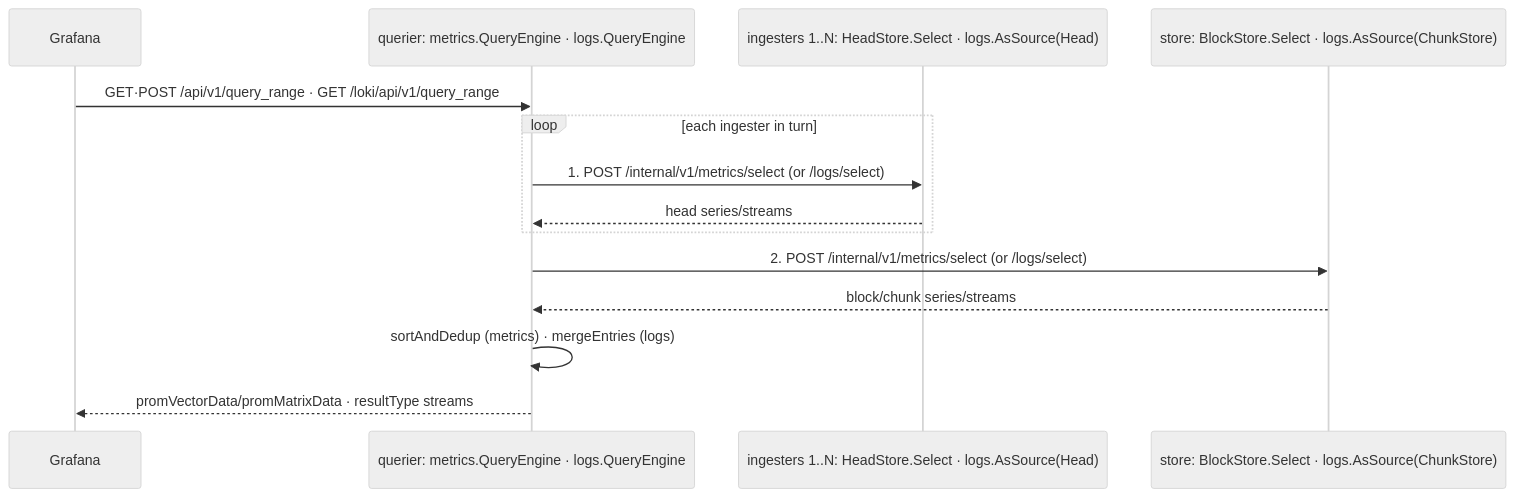
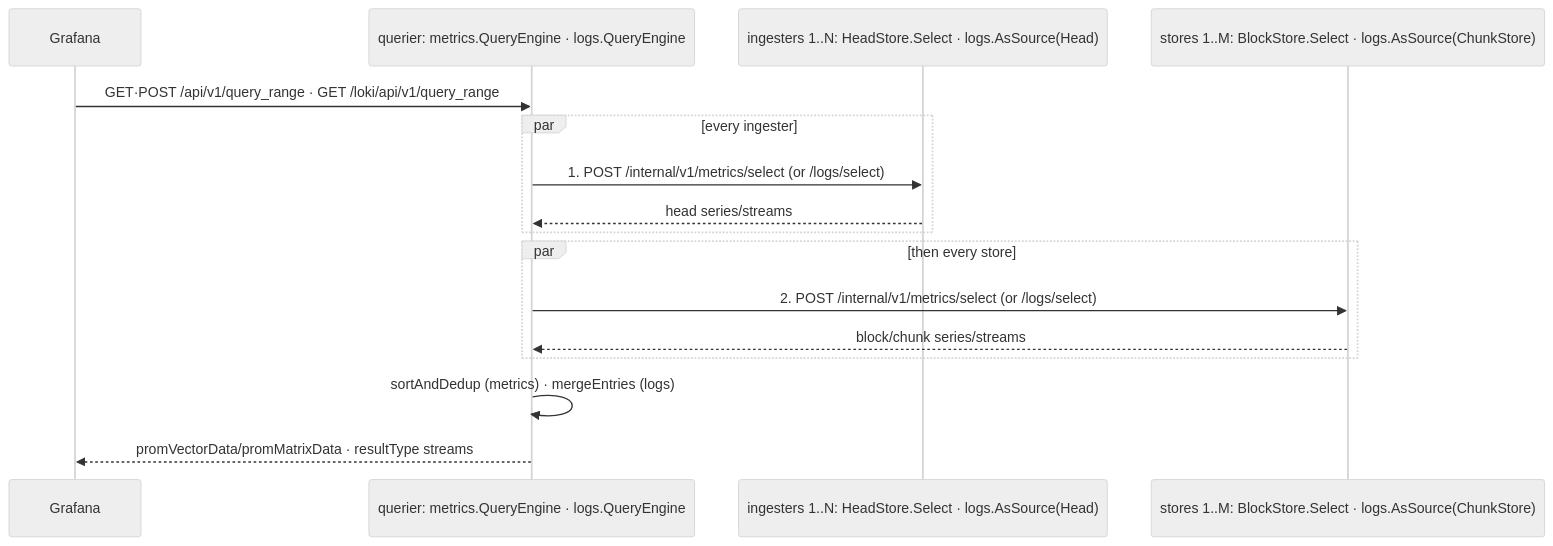
Before and after one commit to Weilei424/observability-platform: the fourth of 5 diagrams in docs/architecture/components.md, drawn with Mermaid (neutral theme). The commit also changed other lines of this file, not shown here.

Commit message:
docs(architecture): the store layer, parallel read path, replicated flush, and per-store compaction

````diff
--- a/docs/architecture/components.md
+++ b/docs/architecture/components.md
@@ -301,16 +388,18 @@
 ```mermaid
 sequenceDiagram
   participant GR as Grafana
   participant Q as querier: metrics.QueryEngine · logs.QueryEngine
   participant I as ingesters 1..N: HeadStore.Select · logs.AsSource(Head)
-  participant S as store: BlockStore.Select · logs.AsSource(ChunkStore)
+  participant S as stores 1..M: BlockStore.Select · logs.AsSource(ChunkStore)
   GR->>Q: GET·POST /api/v1/query_range · GET /loki/api/v1/query_range
-  loop each ingester in turn
+  par every ingester
     Q->>I: 1. POST /internal/v1/metrics/select (or /logs/select)
     I-->>Q: head series/streams
   end
-  Q->>S: 2. POST /internal/v1/metrics/select (or /logs/select)
-  S-->>Q: block/chunk series/streams
+  par then every store
+    Q->>S: 2. POST /internal/v1/metrics/select (or /logs/select)
+    S-->>Q: block/chunk series/streams
+  end
   Q->>Q: sortAndDedup (metrics) · mergeEntries (logs)
   Q-->>GR: promVectorData/promMatrixData · resultType streams
 ```
````
